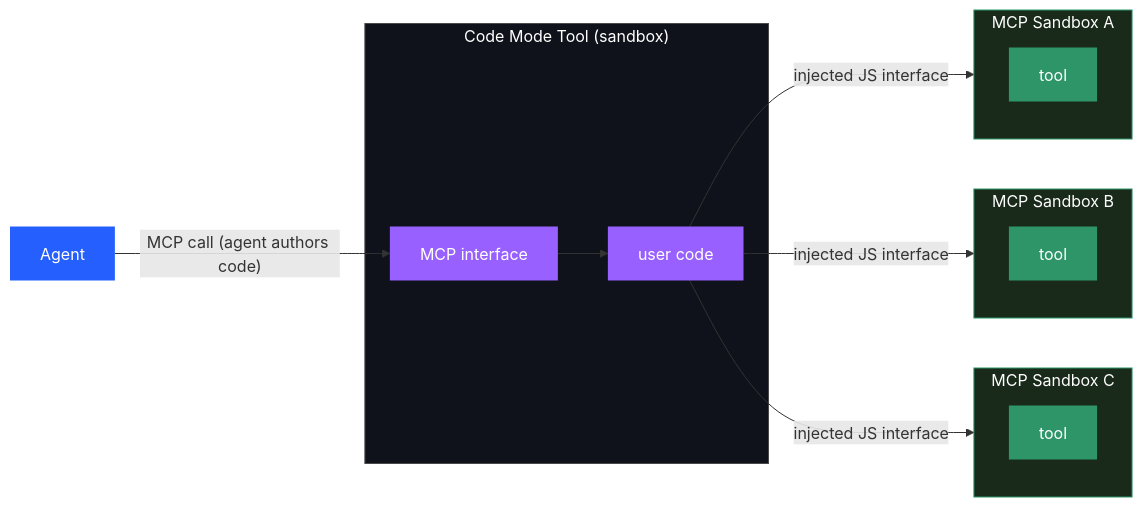
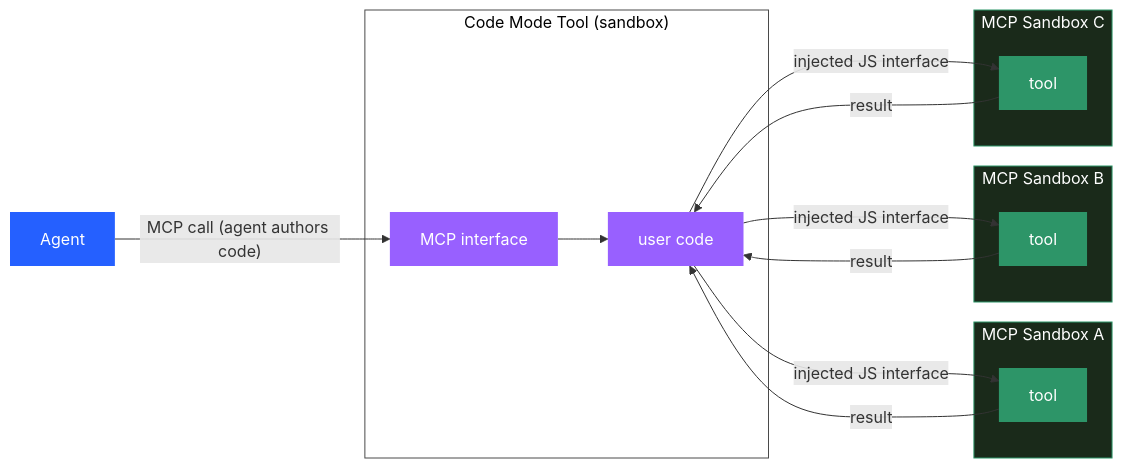
The tenth of 10 diagrams in slides/dynamic-mcps.md (slimslenderslacks/presentations), drawn with Mermaid before and after one commit. The commit also changed other lines of this file, not shown here.

Commit message:
formatting

````diff
--- a/slides/dynamic-mcps.md
+++ b/slides/dynamic-mcps.md
@@ -567,35 +571,38 @@
 ```mermaid
 graph LR
     A[Agent] -->|"MCP call (agent authors code)"| MCI[MCP interface]
 
     subgraph CM["Code Mode Tool (sandbox)"]
         MCI --> CODE[user code]
     end
 
-    CODE -->|injected JS interface| SB1
-    CODE -->|injected JS interface| SB2
-    CODE -->|injected JS interface| SB3
+    CODE -->|injected JS interface| T1
+    CODE -->|injected JS interface| T2
+    CODE -->|injected JS interface| T3
+    T1 -->|result| CODE
+    T2 -->|result| CODE
+    T3 -->|result| CODE
 
     subgraph SB1["MCP Sandbox A"]
         T1[tool]
     end
 
     subgraph SB2["MCP Sandbox B"]
         T2[tool]
     end
 
     subgraph SB3["MCP Sandbox C"]
         T3[tool]
     end
 
     style A fill:#2560FF,color:#fff,stroke:none
     style MCI fill:#9860FF,color:#fff,stroke:none
     style CODE fill:#9860FF,color:#fff,stroke:none
-    style CM fill:#0F121B,color:#fff,stroke:#4a4a4a
+    style CM fill:transparent,color:#000,stroke:#4a4a4a
     style SB1 fill:#1a2a1a,color:#fff,stroke:#2D9568
     style SB2 fill:#1a2a1a,color:#fff,stroke:#2D9568
     style SB3 fill:#1a2a1a,color:#fff,stroke:#2D9568
     style T1 fill:#2D9568,color:#fff,stroke:none
     style T2 fill:#2D9568,color:#fff,stroke:none
     style T3 fill:#2D9568,color:#fff,stroke:none
 ```
````
